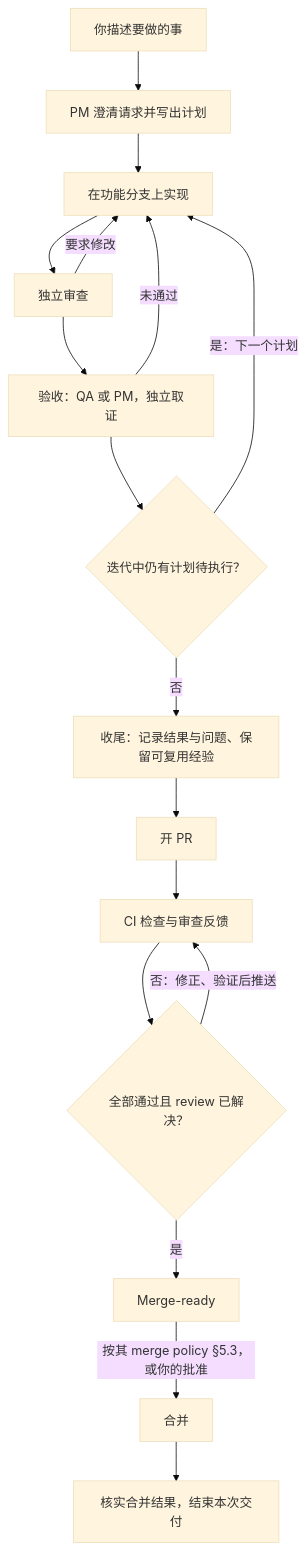
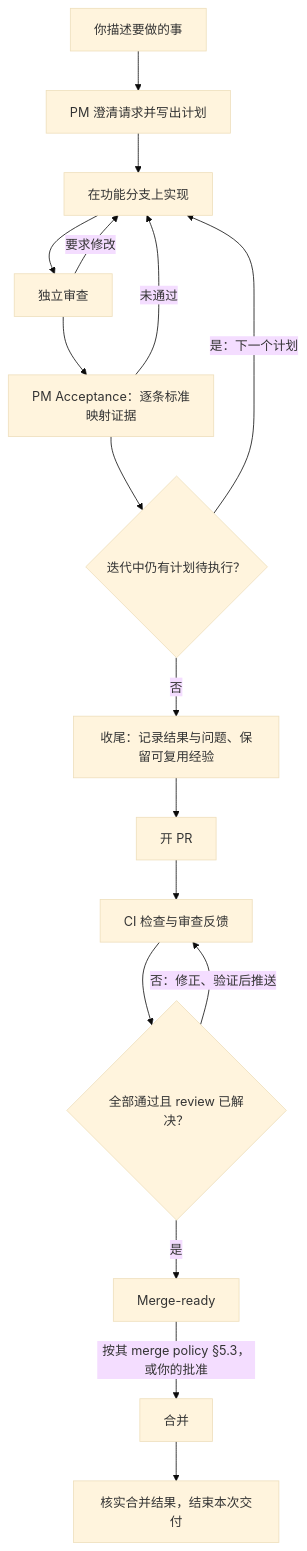
The diagram in README_CN.md (btspoony/mstar-harness), drawn with Mermaid (base theme) before and after one commit. The commit also changed other lines of this file and 72 other files, not shown here.

````diff
--- a/README_CN.md
+++ b/README_CN.md
@@ -102,19 +102,19 @@
 ```mermaid
 flowchart TD
     A["你描述要做的事"] --> B["PM 澄清请求并写出计划"]
     B --> C["在功能分支上实现"]
     C --> D["独立审查"]
     D -->|要求修改| C
-    D --> E["验收：QA 或 PM，独立取证"]
+    D --> E["PM Acceptance：逐条标准映射证据"]
     E -->|未通过| C
     E --> F{"迭代中仍有计划待执行？"}
     F -->|是：下一个计划| C
     F -->|否| G["收尾：记录结果与问题、保留可复用经验"]
     G --> H["开 PR"]
     H --> I["CI 检查与审查反馈"]
     I --> J{"全部通过且 review 已解决？"}
     J -->|否：修正、验证后推送| I
     J -->|是| K["Merge-ready"]
     K -->|按其 merge policy §5.3，或你的批准| L["合并"]
     L --> M["核实合并结果，结束本次交付"]
 ```
````
